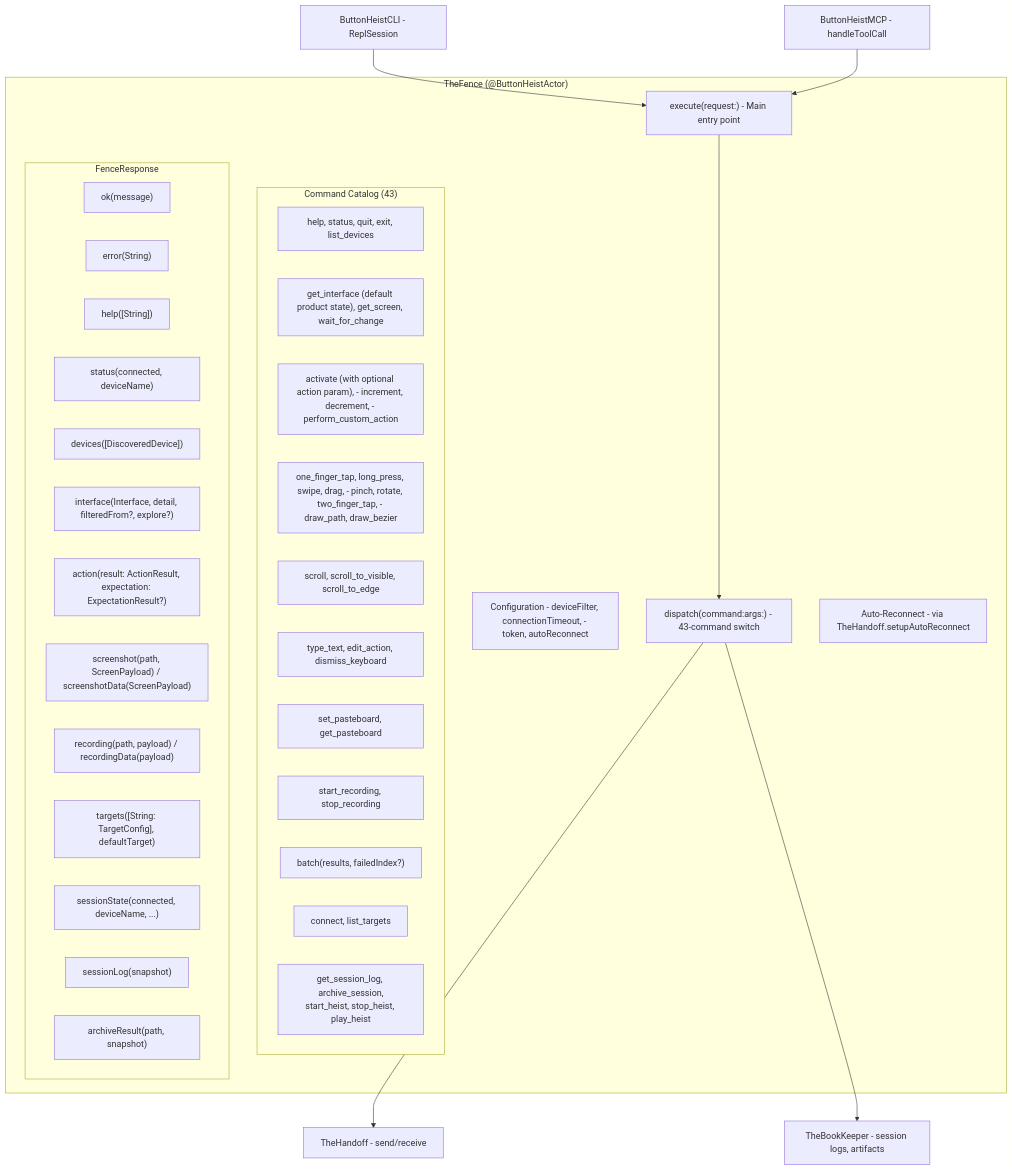
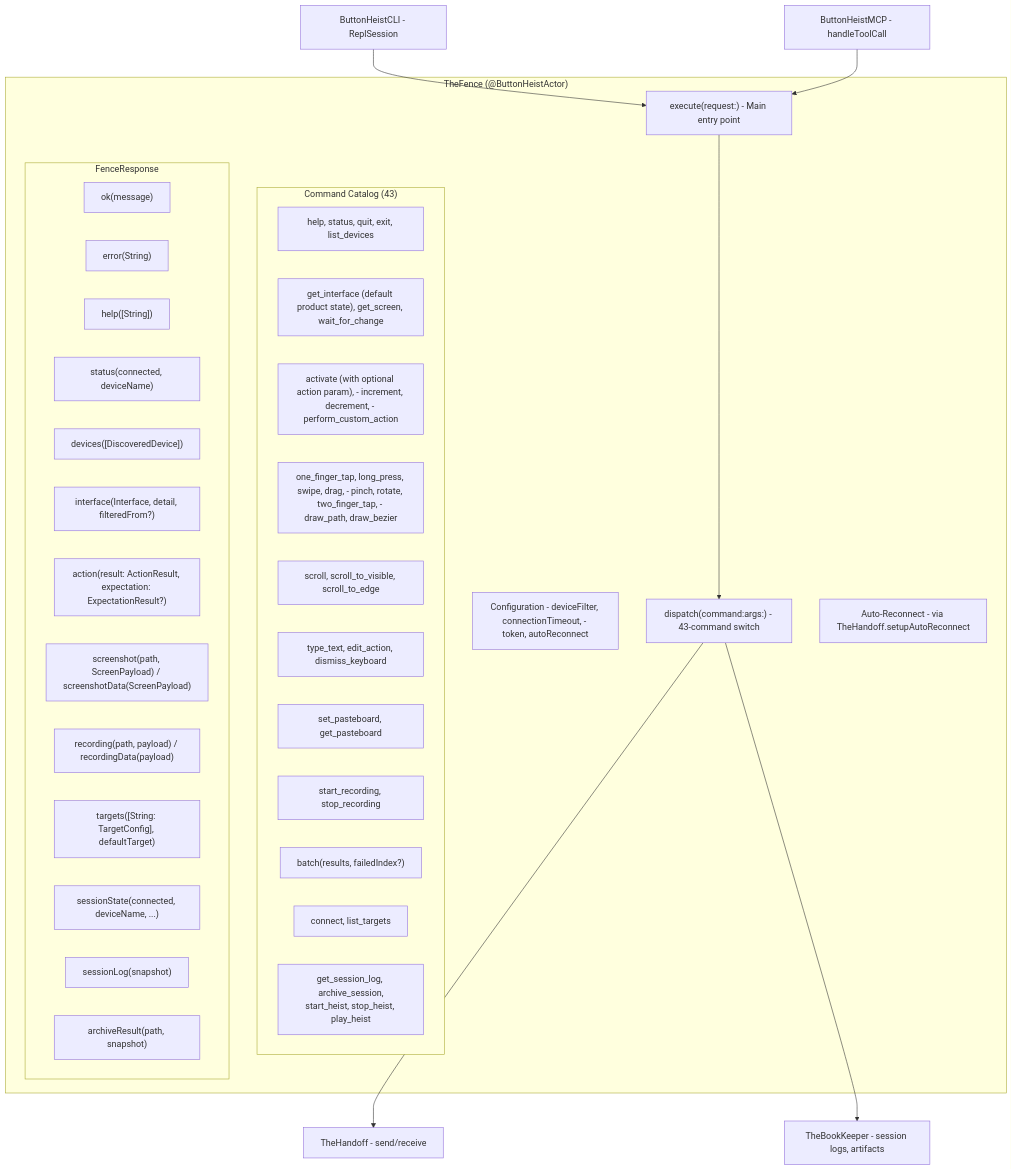
Before and after one commit to RoyalPineapple/TheButtonHeist: the first of 3 diagrams in docs/dossiers/03-THEFENCE.md, drawn with Mermaid. The commit also changed 23 other files, not shown here.

````diff
--- a/docs/dossiers/03-THEFENCE.md
+++ b/docs/dossiers/03-THEFENCE.md
@@ -29,46 +29,46 @@
 ```mermaid
 graph TD
     subgraph TheFence["TheFence (@ButtonHeistActor)"]
         Config["Configuration - deviceFilter, connectionTimeout, - token, autoReconnect"]
         Execute["execute(request:) - Main entry point"]
         Dispatch["dispatch(command:args:) - 43-command switch"]
         Reconnect["Auto-Reconnect - via TheHandoff.setupAutoReconnect"]
 
         subgraph Commands["Command Catalog (43)"]
             Conn["help, status, quit, exit, list_devices"]
             IF["get_interface (default product state), get_screen, wait_for_change"]
             Access["activate (with optional action param), - increment, decrement, - perform_custom_action"]
             Gesture["one_finger_tap, long_press, swipe, drag, - pinch, rotate, two_finger_tap, - draw_path, draw_bezier"]
             Scroll["scroll, scroll_to_visible, scroll_to_edge"]
             Text["type_text, edit_action, dismiss_keyboard"]
             Pasteboard["set_pasteboard, get_pasteboard"]
             Rec["start_recording, stop_recording"]
             Batch["run_batch, get_session_state, wait_for"]
             Target["connect, list_targets"]
             BookKeeper["get_session_log, archive_session,\nstart_heist, stop_heist, play_heist"]
         end
 
         subgraph Response["FenceResponse"]
             Ok["ok(message)"]
             Err["error(String)"]
             Help["help([String])"]
             Status["status(connected, deviceName)"]
             DevList["devices([DiscoveredDevice])"]
-            IFResp["interface(Interface, detail, filteredFrom?, explore?)"]
+            IFResp["interface(Interface, detail, filteredFrom?)"]
             Action["action(result: ActionResult, expectation: ExpectationResult?)"]
             Screenshot["screenshot(path, ScreenPayload) / screenshotData(ScreenPayload)"]
             Recording["recording(path, payload) / recordingData(payload)"]
             Targets["targets([String: TargetConfig], defaultTarget)"]
             Batch["batch(results, failedIndex?)"]
             SessionState["sessionState(connected, deviceName, ...)"]
             SessionLog["sessionLog(snapshot)"]
             ArchiveResult["archiveResult(path, snapshot)"]
         end
     end
 
     CLI["ButtonHeistCLI - ReplSession"] --> Execute
     MCP["ButtonHeistMCP - handleToolCall"] --> Execute
     Execute --> Dispatch
     Dispatch --> Client["TheHandoff - send/receive"]
     Dispatch --> BookKeeperObj["TheBookKeeper - session logs, artifacts"]
 ```
````
